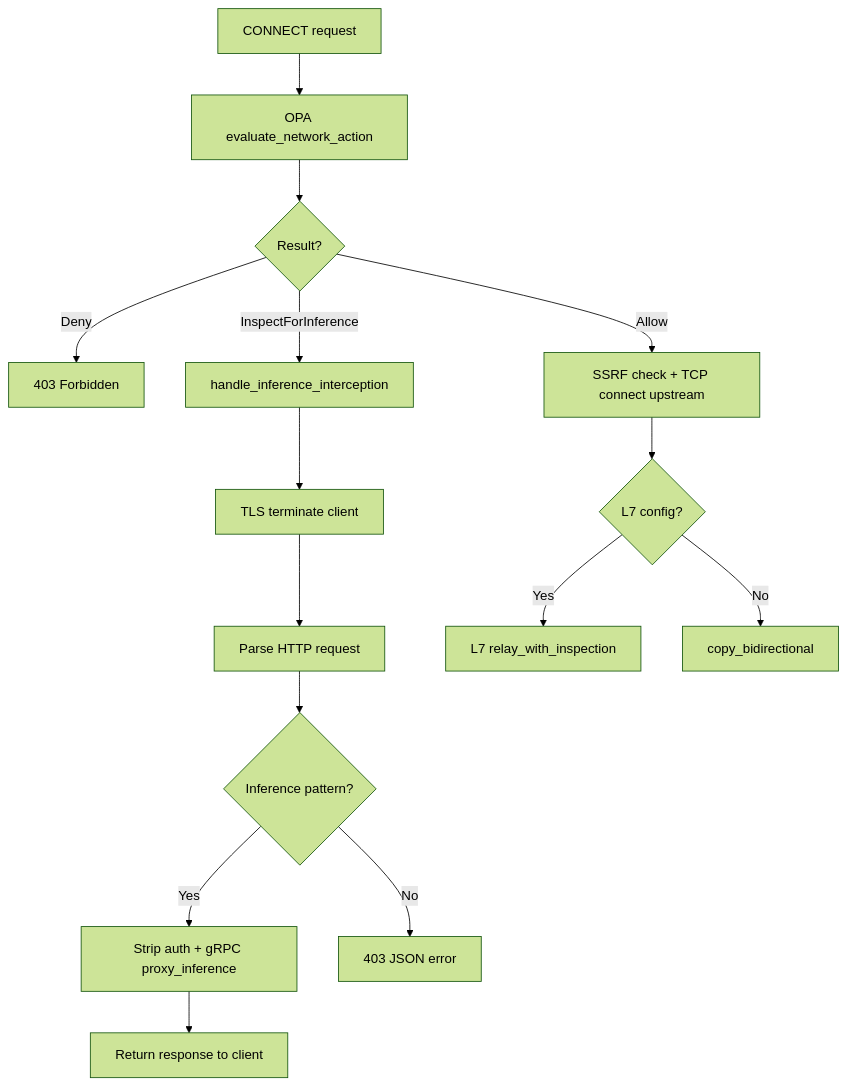
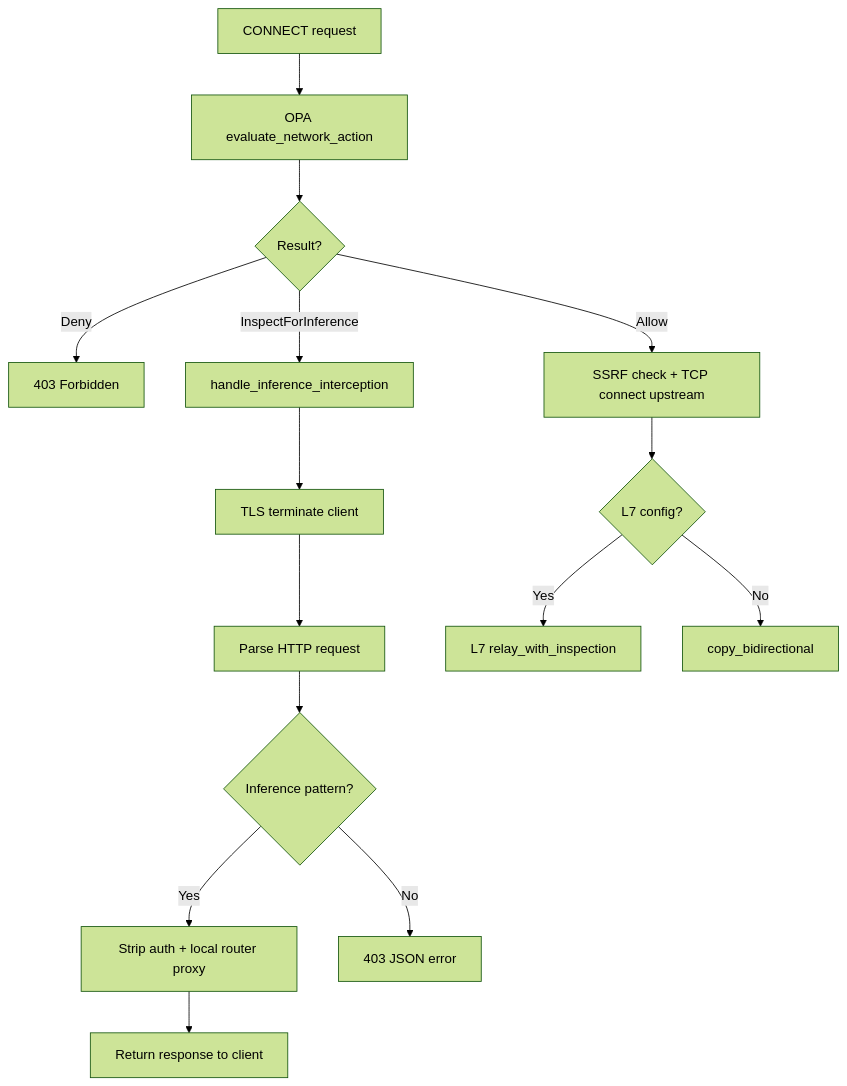
One commit to NVIDIA/OpenShell changed the third of 3 diagrams in architecture/inference-routing.md. Above: the diagram before and after it, drawn with Mermaid (forest theme). The commit also changed other lines of this file and 23 other files, not shown here.

First line of the commit message:
feat(sandbox): move inference execution to sandbox-local routing (!79) (!52)

````diff
--- a/architecture/inference-routing.md
+++ b/architecture/inference-routing.md
@@ -173,17 +280,17 @@
 ```mermaid
 flowchart TD
     A[CONNECT request] --> B[OPA evaluate_network_action]
     B --> C{Result?}
     C -- Deny --> D[403 Forbidden]
     C -- InspectForInference --> E[handle_inference_interception]
     C -- Allow --> F[SSRF check + TCP connect upstream]
     E --> G[TLS terminate client]
     G --> H[Parse HTTP request]
     H --> I{Inference pattern?}
-    I -- Yes --> J[Strip auth + gRPC proxy_inference]
+    I -- Yes --> J[Strip auth + local router proxy]
     J --> K[Return response to client]
     I -- No --> L[403 JSON error]
     F --> M{L7 config?}
     M -- Yes --> N[L7 relay_with_inspection]
     M -- No --> O[copy_bidirectional]
 ```
````
